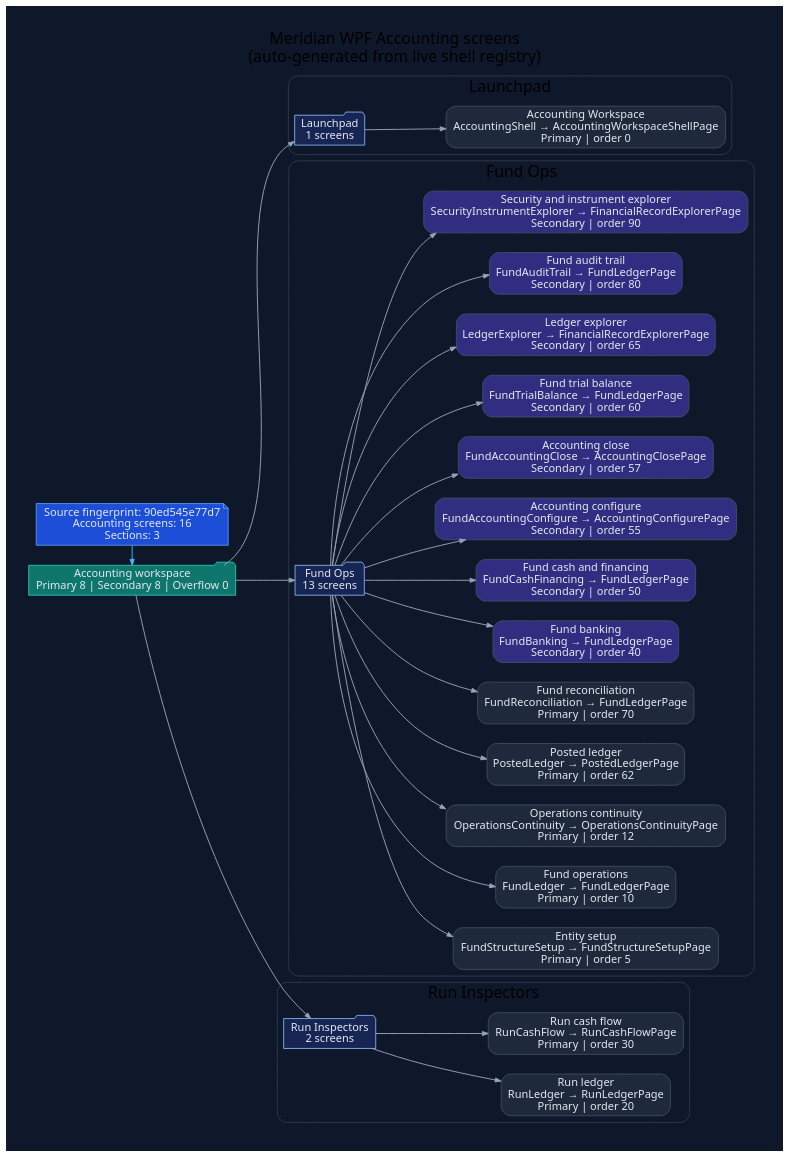
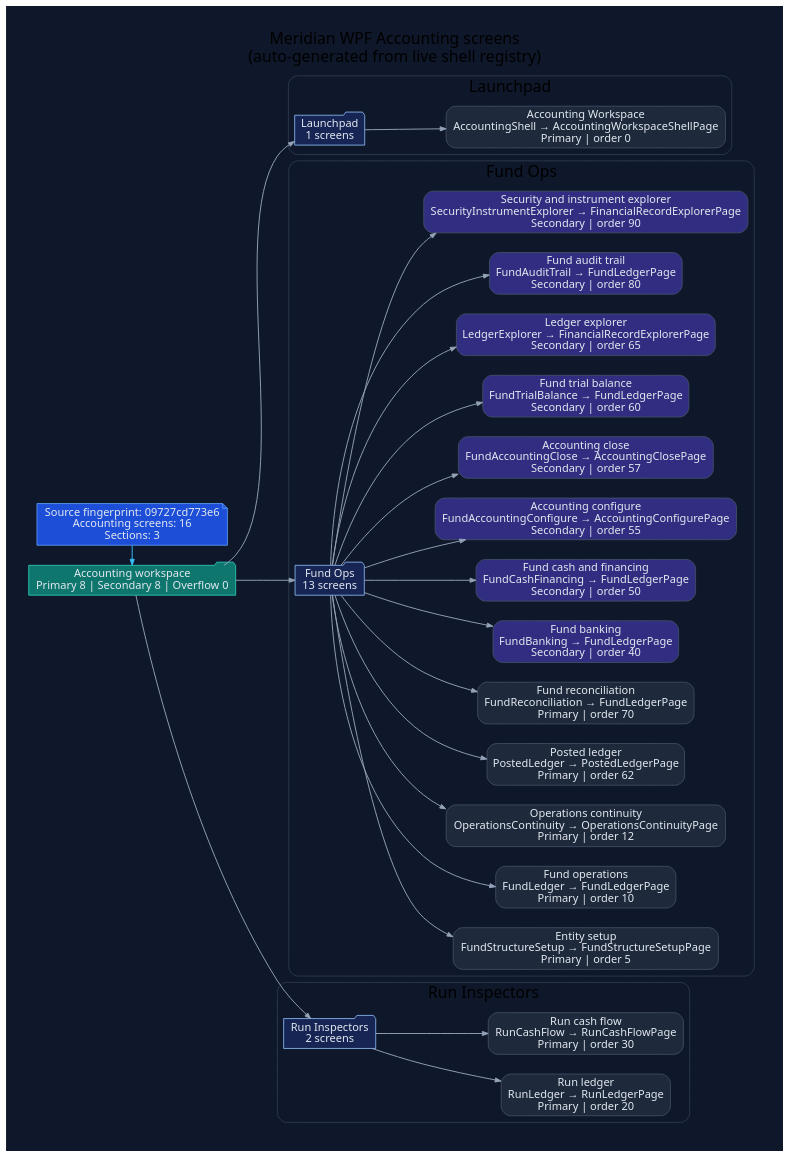
The diagram in docs/diagrams/ui-wpf-screens-accounting.dot (rodoHasArrived/Meridian-main), drawn with Graphviz before and after one commit. The commit also changed 120 other files, not shown here.

```diff
--- a/docs/diagrams/ui-wpf-screens-accounting.dot
+++ b/docs/diagrams/ui-wpf-screens-accounting.dot
@@ -1,82 +1,82 @@
 // -----------------------------------------------------------------------------
 // <auto-generated>
 // Generated by scripts/generate-diagrams.mjs.
 // Do not edit this file directly; update the WPF source files instead.
 // -----------------------------------------------------------------------------
 digraph WpfAccountingScreens {
   graph [
     rankdir=LR,
     labelloc=t,
     label="Meridian WPF Accounting screens\n(auto-generated from live shell registry)",
     fontname="Segoe UI",
     fontsize=20,
     pad=0.4,
     nodesep=0.35,
     ranksep=0.85,
     bgcolor="#0f172a"
   ];
   node [fontname="Segoe UI", shape=box, style="rounded,filled", color="#475569", fontcolor="#e2e8f0", fillcolor="#1e293b"];
   edge [fontname="Segoe UI", color="#94a3b8", penwidth=1.2, arrowsize=0.75];
 
-  generated [shape=note, fillcolor="#1d4ed8", color="#60a5fa", label="Source fingerprint: 90ed545e77d7\nAccounting screens: 16\nSections: 3"];
+  generated [shape=note, fillcolor="#1d4ed8", color="#60a5fa", label="Source fingerprint: 09727cd773e6\nAccounting screens: 16\nSections: 3"];
   workspace [shape=folder, fillcolor="#0f766e", color="#2dd4bf", label="Accounting workspace\nPrimary 8 | Secondary 8 | Overflow 0"];
   generated -> workspace [color="#38bdf8"];
 
   subgraph cluster_section_1 {
     label="Launchpad";
     color="#334155";
     style="rounded";
     section_1 [shape=folder, fillcolor="#172554", color="#93c5fd", label="Launchpad\n1 screens"];
     workspace -> section_1;
     screen_AccountingShell [fillcolor="#1e293b", label="Accounting Workspace\nAccountingShell → AccountingWorkspaceShellPage\nPrimary | order 0"];
     section_1 -> screen_AccountingShell;
   }
 
   subgraph cluster_section_2 {
     label="Fund Ops";
     color="#334155";
     style="rounded";
     section_2 [shape=folder, fillcolor="#172554", color="#93c5fd", label="Fund Ops\n13 screens"];
     workspace -> section_2;
     screen_FundStructureSetup [fillcolor="#1e293b", label="Entity setup\nFundStructureSetup → FundStructureSetupPage\nPrimary | order 5"];
     section_2 -> screen_FundStructureSetup;
     screen_FundLedger [fillcolor="#1e293b", label="Fund operations\nFundLedger → FundLedgerPage\nPrimary | order 10"];
     section_2 -> screen_FundLedger;
     screen_OperationsContinuity [fillcolor="#1e293b", label="Operations continuity\nOperationsContinuity → OperationsContinuityPage\nPrimary | order 12"];
     section_2 -> screen_OperationsContinuity;
     screen_PostedLedger [fillcolor="#1e293b", label="Posted ledger\nPostedLedger → PostedLedgerPage\nPrimary | order 62"];
     section_2 -> screen_PostedLedger;
     screen_FundReconciliation [fillcolor="#1e293b", label="Fund reconciliation\nFundReconciliation → FundLedgerPage\nPrimary | order 70"];
     section_2 -> screen_FundReconciliation;
     screen_FundBanking [fillcolor="#312e81", label="Fund banking\nFundBanking → FundLedgerPage\nSecondary | order 40"];
     section_2 -> screen_FundBanking;
     screen_FundCashFinancing [fillcolor="#312e81", label="Fund cash and financing\nFundCashFinancing → FundLedgerPage\nSecondary | order 50"];
     section_2 -> screen_FundCashFinancing;
     screen_FundAccountingConfigure [fillcolor="#312e81", label="Accounting configure\nFundAccountingConfigure → AccountingConfigurePage\nSecondary | order 55"];
     section_2 -> screen_FundAccountingConfigure;
     screen_FundAccountingClose [fillcolor="#312e81", label="Accounting close\nFundAccountingClose → AccountingClosePage\nSecondary | order 57"];
     section_2 -> screen_FundAccountingClose;
     screen_FundTrialBalance [fillcolor="#312e81", label="Fund trial balance\nFundTrialBalance → FundLedgerPage\nSecondary | order 60"];
     section_2 -> screen_FundTrialBalance;
     screen_LedgerExplorer [fillcolor="#312e81", label="Ledger explorer\nLedgerExplorer → FinancialRecordExplorerPage\nSecondary | order 65"];
     section_2 -> screen_LedgerExplorer;
     screen_FundAuditTrail [fillcolor="#312e81", label="Fund audit trail\nFundAuditTrail → FundLedgerPage\nSecondary | order 80"];
     section_2 -> screen_FundAuditTrail;
     screen_SecurityInstrumentExplorer [fillcolor="#312e81", label="Security and instrument explorer\nSecurityInstrumentExplorer → FinancialRecordExplorerPage\nSecondary | order 90"];
     section_2 -> screen_SecurityInstrumentExplorer;
   }
 
   subgraph cluster_section_3 {
     label="Run Inspectors";
     color="#334155";
     style="rounded";
     section_3 [shape=folder, fillcolor="#172554", color="#93c5fd", label="Run Inspectors\n2 screens"];
     workspace -> section_3;
     screen_RunLedger [fillcolor="#1e293b", label="Run ledger\nRunLedger → RunLedgerPage\nPrimary | order 20"];
     section_3 -> screen_RunLedger;
     screen_RunCashFlow [fillcolor="#1e293b", label="Run cash flow\nRunCashFlow → RunCashFlowPage\nPrimary | order 30"];
     section_3 -> screen_RunCashFlow;
   }
 
   { rank=min; generated; workspace; }
 }
```
